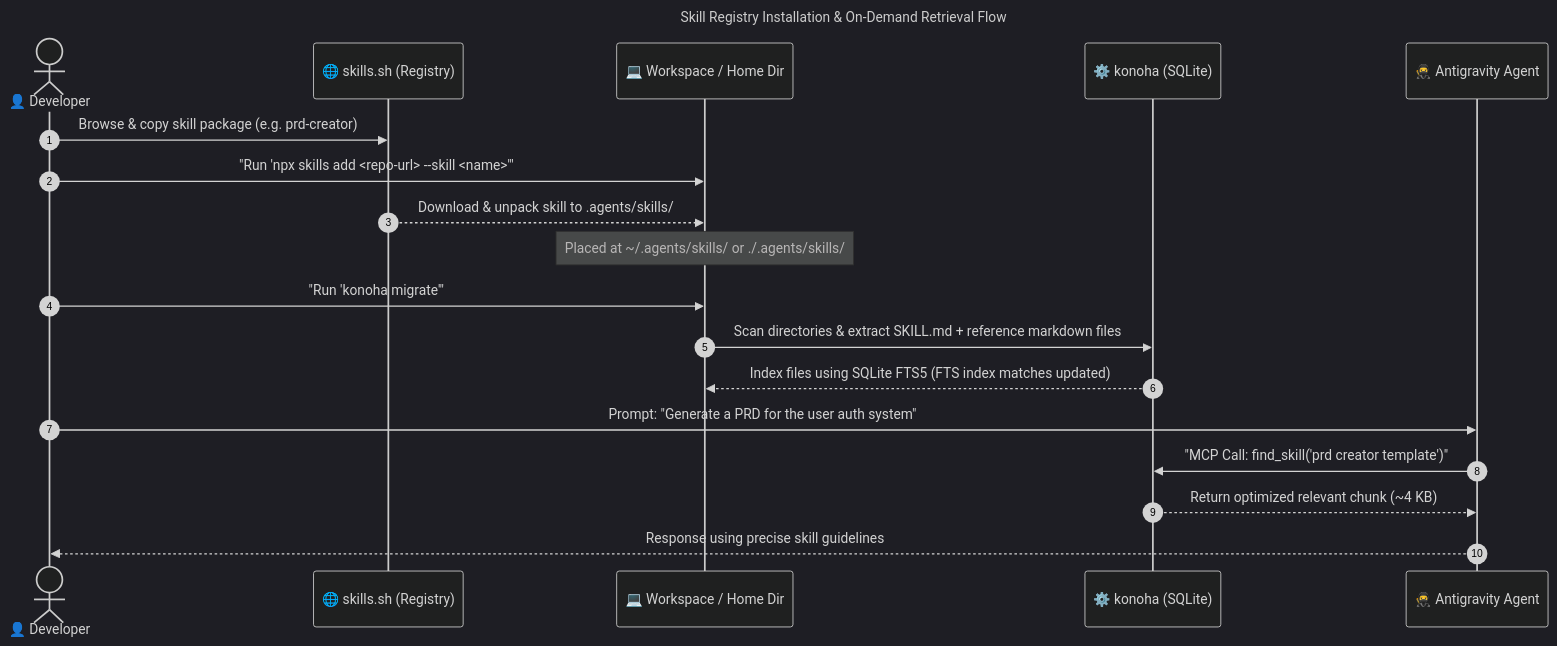
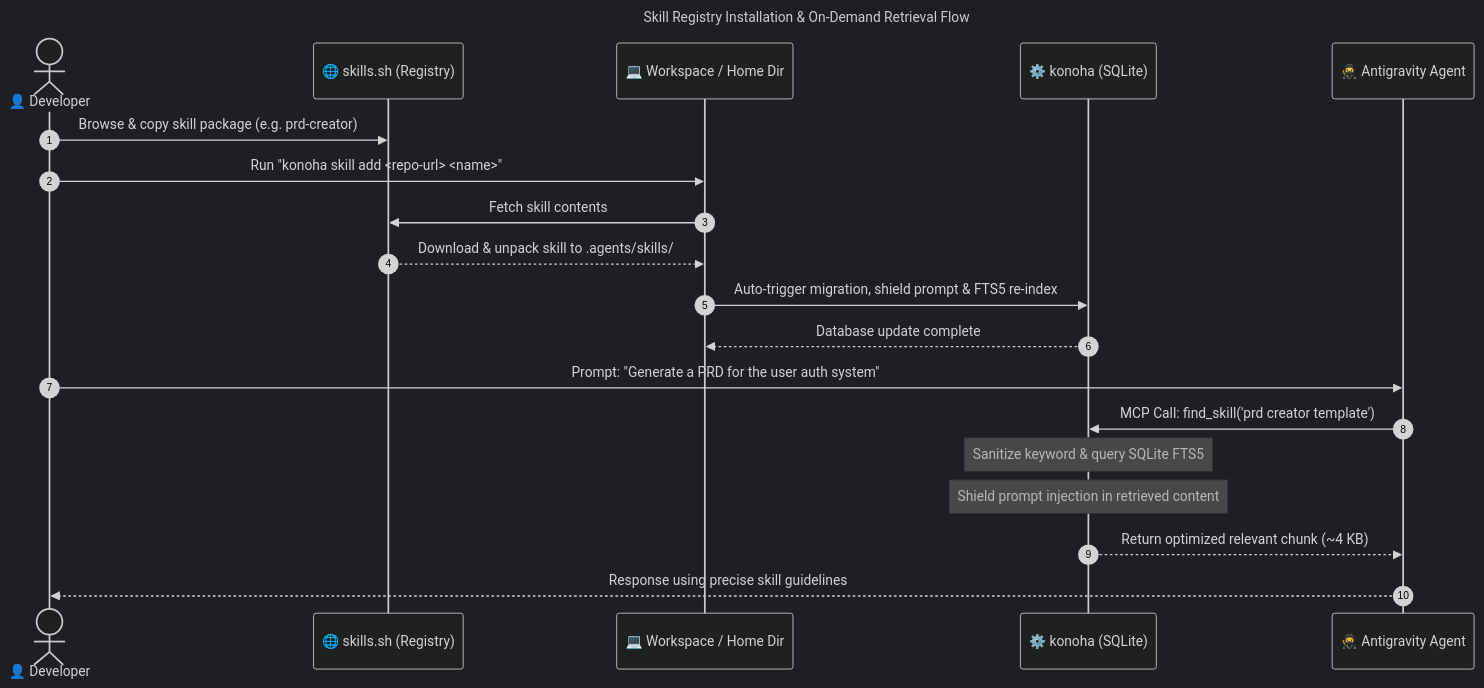
The diagram in docs/ADDING-SKILLS.md (andycungkrinx91/konoha), drawn with Mermaid (dark theme) before and after one commit. The commit also changed 13 other files, not shown here.

````diff
--- a/docs/ADDING-SKILLS.md
+++ b/docs/ADDING-SKILLS.md
@@ -11,26 +11,26 @@
 ```mermaid
 ---
 title: Skill Registry Installation & On-Demand Retrieval Flow
 ---
 sequenceDiagram
     autonumber
     actor Developer as 👤 Developer
     participant Registry as 🌐 skills.sh (Registry)
     participant Workspace as 💻 Workspace / Home Dir
     participant DB as ⚙️ konoha (SQLite)
     participant Agent as 🥷 Antigravity Agent
 
     Developer->>Registry: Browse & copy skill package (e.g. prd-creator)
-    Developer->>Workspace: "Run 'npx skills add <repo-url> --skill <name>'"
+    Developer->>Workspace: Run "konoha skill add <repo-url> <name>"
+    Workspace->>Registry: Fetch skill contents
     Registry-->>Workspace: Download & unpack skill to .agents/skills/
-    Note over Workspace: Placed at ~/.agents/skills/ or ./.agents/skills/
-    
-    Developer->>Workspace: "Run 'konoha migrate'"
-    Workspace->>DB: Scan directories & extract SKILL.md + reference markdown files
-    DB-->>Workspace: Index files using SQLite FTS5 (FTS index matches updated)
+    Workspace->>DB: Auto-trigger migration, shield prompt & FTS5 re-index
+    DB-->>Workspace: Database update complete
     
     Developer->>Agent: Prompt: "Generate a PRD for the user auth system"
-    Agent->>DB: "MCP Call: find_skill('prd creator template')"
+    Agent->>DB: MCP Call: find_skill('prd creator template')
+    Note over DB: Sanitize keyword & query SQLite FTS5
+    Note over DB: Shield prompt injection in retrieved content
     DB-->>Agent: Return optimized relevant chunk (~4 KB)
     Agent-->>Developer: Response using precise skill guidelines
 ```
````
